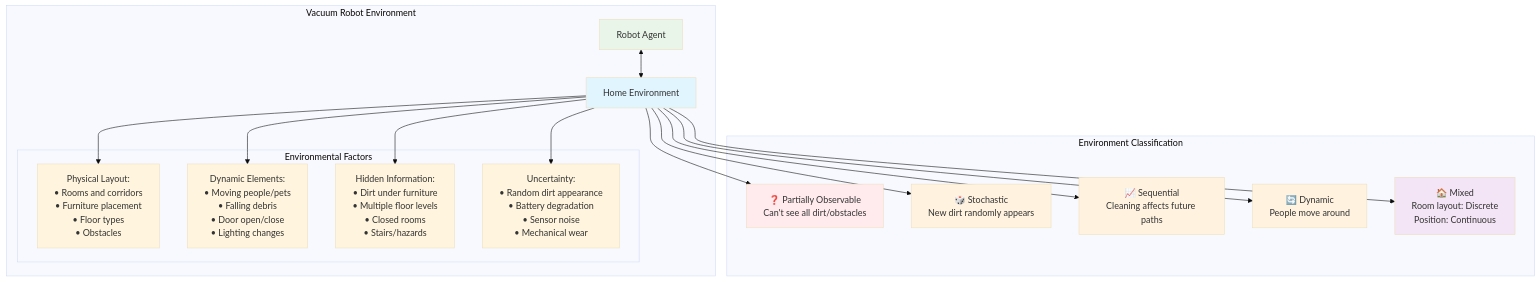
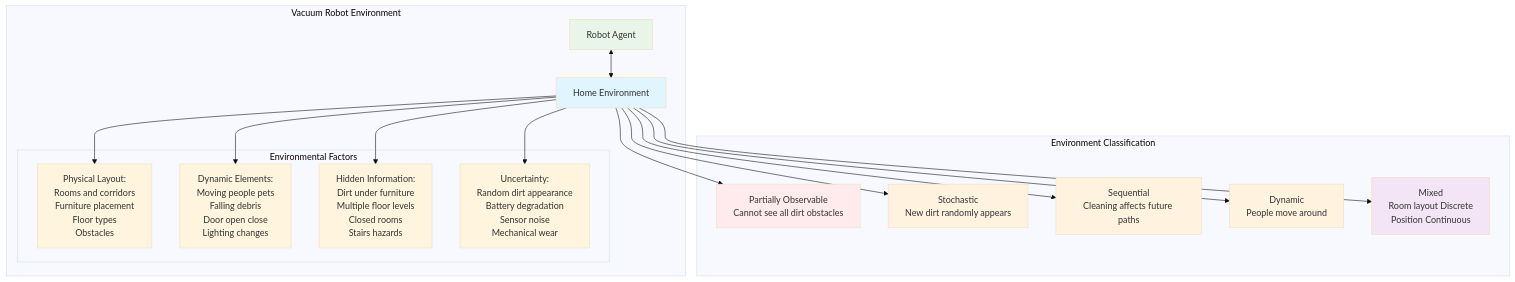
The ninth of 16 diagrams in Hand-Notes/Theory-AI-Basics/Environments/README.md (abstracted-m7/Data-Science), drawn with Mermaid (base theme) before and after one commit. The commit also changed other lines of this file, not shown here.

````diff
--- a/Hand-Notes/Theory-AI-Basics/Environments/README.md
+++ b/Hand-Notes/Theory-AI-Basics/Environments/README.md
@@ -377,43 +377,43 @@
 ```mermaid
 graph TB
     subgraph "Vacuum Robot Environment"
         A[Robot Agent] <--> B[Home Environment]
         
         subgraph "Environmental Factors"
-            C[Physical Layout:<br/>• Rooms and corridors<br/>• Furniture placement<br/>• Floor types<br/>• Obstacles]
+            C[Physical Layout:<br/>Rooms and corridors<br/>Furniture placement<br/>Floor types<br/>Obstacles]
             
-            D[Dynamic Elements:<br/>• Moving people/pets<br/>• Falling debris<br/>• Door open/close<br/>• Lighting changes]
+            D[Dynamic Elements:<br/>Moving people pets<br/>Falling debris<br/>Door open close<br/>Lighting changes]
             
-            E[Hidden Information:<br/>• Dirt under furniture<br/>• Multiple floor levels<br/>• Closed rooms<br/>• Stairs/hazards]
+            E[Hidden Information:<br/>Dirt under furniture<br/>Multiple floor levels<br/>Closed rooms<br/>Stairs hazards]
             
-            F[Uncertainty:<br/>• Random dirt appearance<br/>• Battery degradation<br/>• Sensor noise<br/>• Mechanical wear]
+            F[Uncertainty:<br/>Random dirt appearance<br/>Battery degradation<br/>Sensor noise<br/>Mechanical wear]
         end
     end
     
     B --> C
     B --> D  
     B --> E
     B --> F
     
     subgraph "Environment Classification"
-        G[❓ Partially Observable<br/>Can't see all dirt/obstacles]
-        H[🎲 Stochastic<br/>New dirt randomly appears]
-        I[📈 Sequential<br/>Cleaning affects future paths]
-        J[🔄 Dynamic<br/>People move around]
-        K[🏠 Mixed<br/>Room layout: Discrete<br/>Position: Continuous]
+        G[Partially Observable<br/>Cannot see all dirt obstacles]
+        H[Stochastic<br/>New dirt randomly appears]
+        I[Sequential<br/>Cleaning affects future paths]
+        J[Dynamic<br/>People move around]
+        K[Mixed<br/>Room layout Discrete<br/>Position Continuous]
     end
     
     B --> G
     B --> H
     B --> I
     B --> J
     B --> K
     
     style A fill:#e8f5e8
     style B fill:#e1f5fe
     style G fill:#ffebee
     style H fill:#fff3e0
     style I fill:#fff3e0
     style J fill:#fff3e0
     style K fill:#f3e5f5
 ```
````
